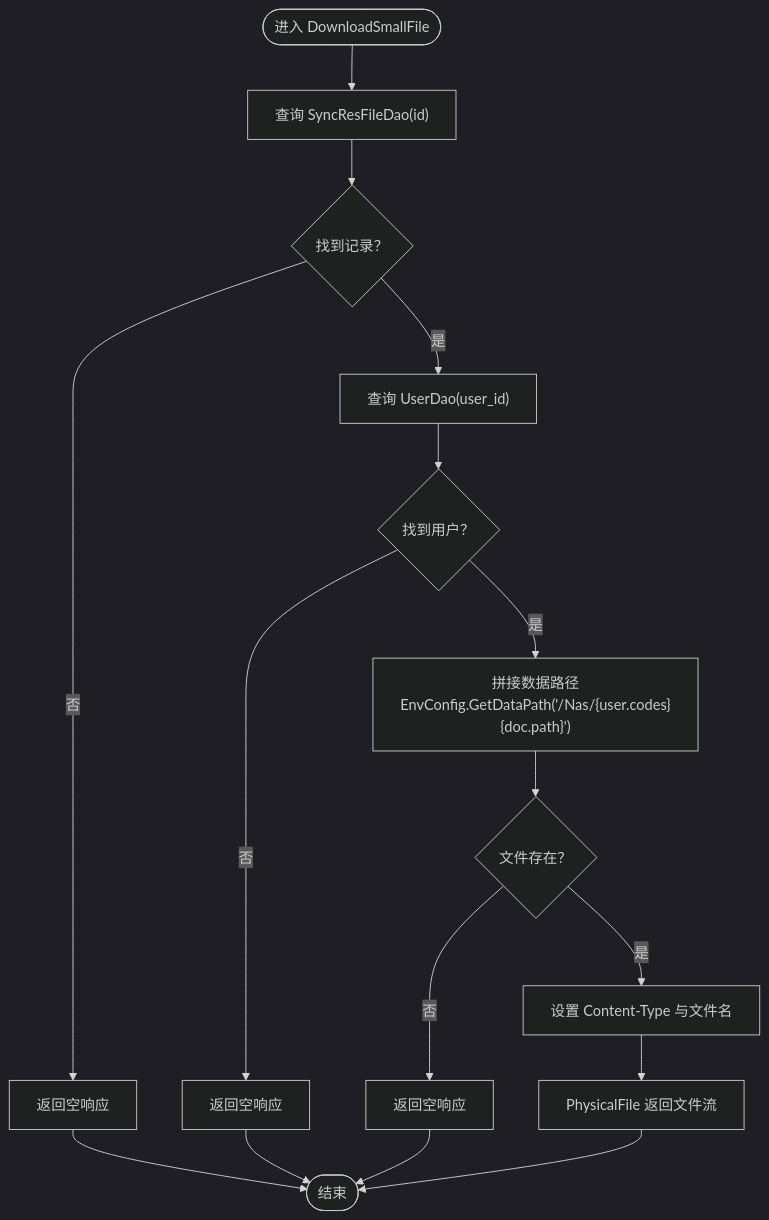
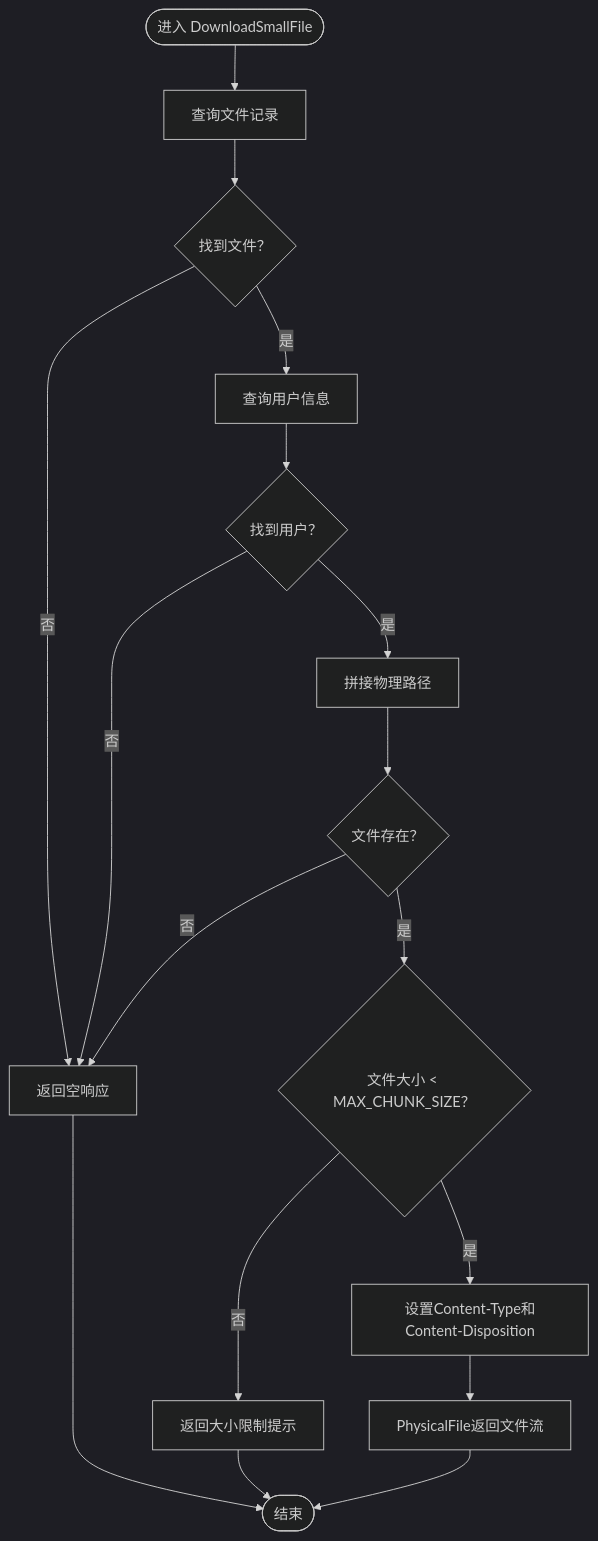
Before and after one commit to leadiot/Scm.Net: the third of 9 diagrams in .qoder/repowiki/zh/content/文件管理系统/文件上传下载/文件下载.md, drawn with Mermaid (dark theme). The commit also changed other lines of this file and 7 other files, not shown here.

````diff
--- a/.qoder/repowiki/zh/content/文件管理系统/文件上传下载/文件下载.md
+++ b/.qoder/repowiki/zh/content/文件管理系统/文件上传下载/文件下载.md
@@ -161,18 +187,19 @@
 ```mermaid
 flowchart TD
-Start(["进入 DownloadSmallFile"]) --> LoadDoc["查询 SyncResFileDao(id)"]
-LoadDoc --> DocFound{"找到记录？"}
-DocFound --> |否| ReturnEmpty1["返回空响应"]
-DocFound --> |是| LoadUser["查询 UserDao(user_id)"]
-LoadUser --> UserFound{"找到用户？"}
-UserFound --> |否| ReturnEmpty2["返回空响应"]
-UserFound --> |是| BuildPath["拼接数据路径<br/>EnvConfig.GetDataPath('/Nas/{user.codes}{doc.path}')"]
-BuildPath --> Exists{"文件存在？"}
-Exists --> |否| ReturnEmpty3["返回空响应"]
-Exists --> |是| SetHeaders["设置 Content-Type 与文件名"]
-SetHeaders --> ReturnFile["PhysicalFile 返回文件流"]
-ReturnEmpty1 --> End(["结束"])
-ReturnEmpty2 --> End
-ReturnEmpty3 --> End
+Start(["进入 DownloadSmallFile"]) --> QueryDoc["查询文件记录"]
+QueryDoc --> DocFound{"找到文件？"}
+DocFound --> |否| ReturnEmpty["返回空响应"]
+DocFound --> |是| QueryUser["查询用户信息"]
+QueryUser --> UserFound{"找到用户？"}
+UserFound --> |否| ReturnEmpty
+UserFound --> |是| BuildPath["拼接物理路径"]
+BuildPath --> CheckExist{"文件存在？"}
+CheckExist --> |否| ReturnEmpty
+CheckExist --> |是| CheckSize{"文件大小 < MAX_CHUNK_SIZE？"}
+CheckSize --> |否| ReturnLimit["返回大小限制提示"]
+CheckSize --> |是| SetHeaders["设置Content-Type和Content-Disposition"]
+SetHeaders --> ReturnFile["PhysicalFile返回文件流"]
+ReturnEmpty --> End(["结束"])
+ReturnLimit --> End
 ReturnFile --> End
 ```
````
